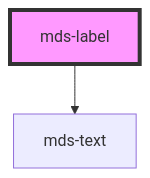
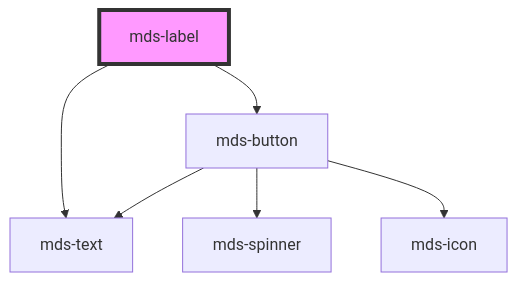
The diagram in projects/stencil/src/components/mds-label/readme.md (magma-design-system/magma), drawn with Mermaid before and after one commit. The commit also changed other lines of this file and 65 other files, not shown here.

Commit message:
refact(stencil): change button icons to mds-button components

````diff
--- a/projects/stencil/src/components/mds-label/readme.md
+++ b/projects/stencil/src/components/mds-label/readme.md
@@ -54,5 +55,9 @@
 ```mermaid
 graph TD;
   mds-label --> mds-text
+  mds-label --> mds-button
+  mds-button --> mds-spinner
+  mds-button --> mds-icon
+  mds-button --> mds-text
   style mds-label fill:#f9f,stroke:#333,stroke-width:4px
 ```
````
